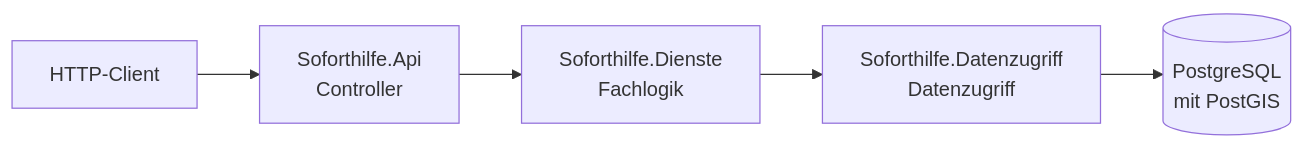
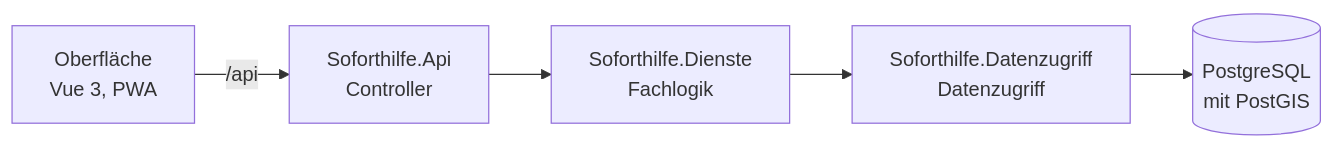
Before and after one commit to maliswiss/soforthilfe-bern-mittelland: the first of 2 diagrams in README.md, drawn with Mermaid. The commit also changed other lines of this file and 12 other files, not shown here.

````diff
--- a/README.md
+++ b/README.md
@@ -52,7 +53,7 @@
 ```mermaid
 flowchart LR
-  Client["HTTP-Client"] --> Api["Soforthilfe.Api<br/>Controller"]
+  Ui["Oberfläche<br/>Vue 3, PWA"] -- "/api" --> Api["Soforthilfe.Api<br/>Controller"]
   Api --> Dienste["Soforthilfe.Dienste<br/>Fachlogik"]
   Dienste --> Daten["Soforthilfe.Datenzugriff<br/>Datenzugriff"]
   Daten --> Db[("PostgreSQL<br/>mit PostGIS")]
 ```
````
